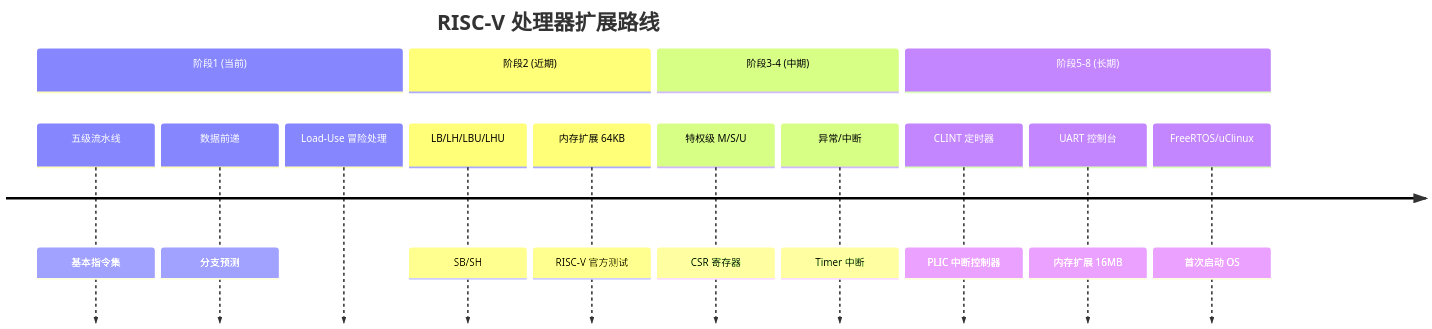
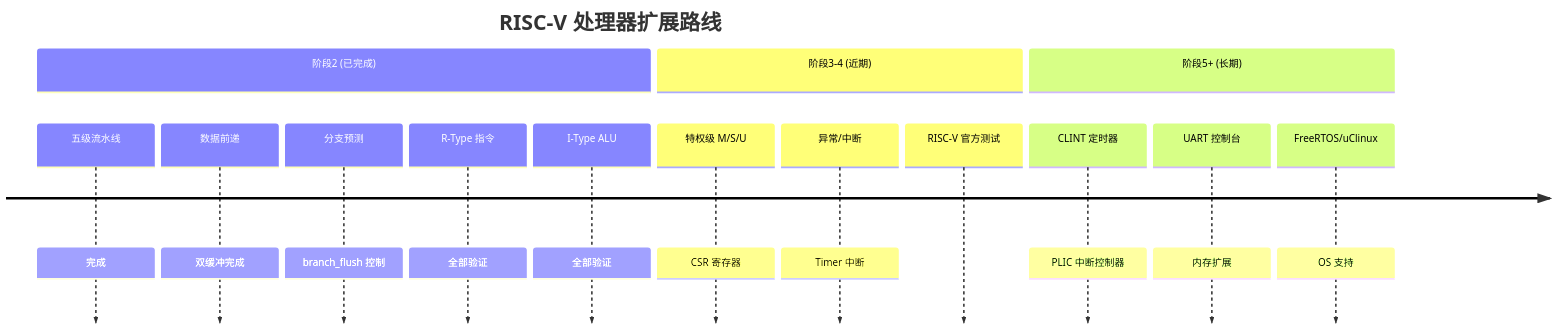
The tenth of 10 diagrams in docs/memory-layout.md (daivy2333/riscv-bsv-processor), drawn with Mermaid before and after one commit. The commit also changed 6 other files, not shown here.

````diff
--- a/docs/memory-layout.md
+++ b/docs/memory-layout.md
@@ -373,22 +373,21 @@
 ```mermaid
 timeline
     title RISC-V 处理器扩展路线
 
-    section 阶段1 (当前)
-        五级流水线 : 基本指令集
-        数据前递 : 分支预测
-        Load-Use 冒险处理
+    section 阶段2 (已完成)
+        五级流水线 : 完成
+        数据前递 : 双缓冲完成
+        分支预测 : branch_flush 控制
+        R-Type 指令 : 全部验证
+        I-Type ALU : 全部验证
 
-    section 阶段2 (近期)
-        LB/LH/LBU/LHU : SB/SH
-        内存扩展 64KB : RISC-V 官方测试
-
-    section 阶段3-4 (中期)
+    section 阶段3-4 (近期)
         特权级 M/S/U : CSR 寄存器
         异常/中断 : Timer 中断
+        RISC-V 官方测试
 
-    section 阶段5-8 (长期)
+    section 阶段5+ (长期)
         CLINT 定时器 : PLIC 中断控制器
-        UART 控制台 : 内存扩展 16MB
-        FreeRTOS/uClinux : 首次启动 OS
+        UART 控制台 : 内存扩展
+        FreeRTOS/uClinux : OS 支持
 ```
````
